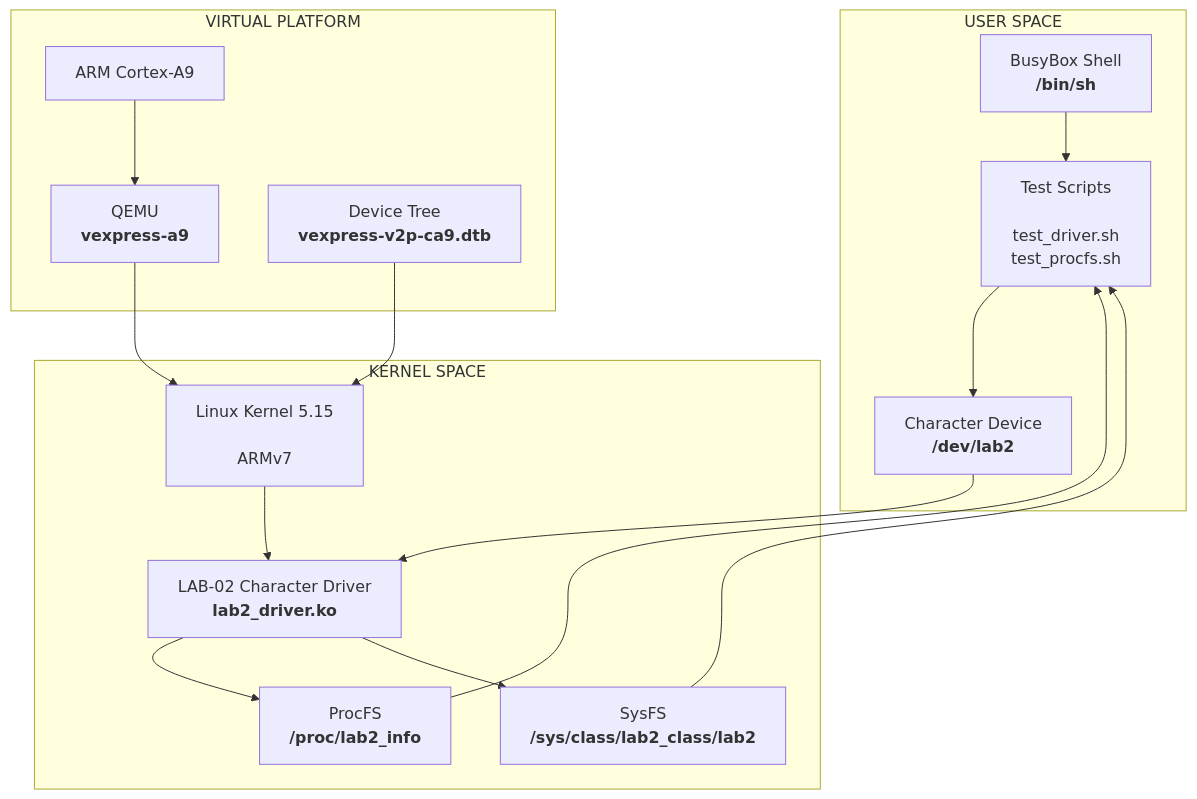
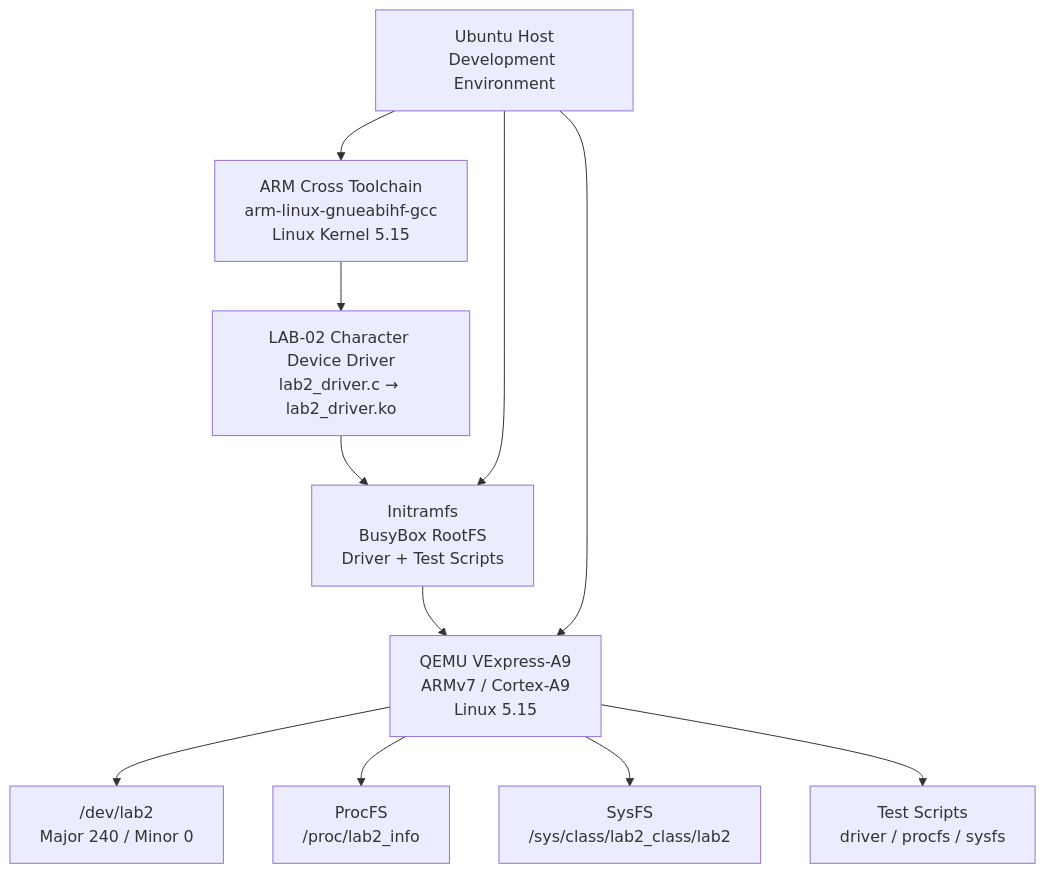
The first of 4 diagrams in README.md (BlackWater006/embedded-linux-lab2), drawn with Mermaid before and after one commit. The commit also changed other lines of this file, not shown here.

````diff
--- a/README.md
+++ b/README.md
@@ -71,34 +134,33 @@
 ```mermaid
 flowchart TB
+    HOST["Ubuntu Host<br/>Development Environment"]
 
-    subgraph USER["USER SPACE"]
-        A["BusyBox Shell<br/><b>/bin/sh</b>"]
-        B["Test Scripts<br/><br/>test_driver.sh<br/>test_procfs.sh"]
-        C["Character Device<br/><b>/dev/lab2</b>"]
-    end
+    TOOLCHAIN["ARM Cross Toolchain<br/>arm-linux-gnueabihf-gcc<br/>Linux Kernel 5.15"]
 
-    subgraph KERNEL["KERNEL SPACE"]
-        D["Linux Kernel 5.15<br/><br/>ARMv7"]
-        E["LAB-02 Character Driver<br/><b>lab2_driver.ko</b>"]
-        F["ProcFS<br/><b>/proc/lab2_info</b>"]
-        G["SysFS<br/><b>/sys/class/lab2_class/lab2</b>"]
-    end
+    DRIVER["LAB-02 Character Device Driver<br/>lab2_driver.c → lab2_driver.ko"]
 
-    subgraph PLATFORM["VIRTUAL PLATFORM"]
-        H["QEMU<br/><b>vexpress-a9</b>"]
-        I["ARM Cortex-A9"]
-        J["Device Tree<br/><b>vexpress-v2p-ca9.dtb</b>"]
-    end
+    ROOTFS["Initramfs<br/>BusyBox RootFS<br/>Driver + Test Scripts"]
 
-    A --> B
-    B --> C
-    C --> E
-    F --> B
-    G --> B
-    E --> F
-    E --> G
-    H --> D
-    I --> H
-    J --> D
-    D --> E
+    QEMU["QEMU VExpress-A9<br/>ARMv7 / Cortex-A9<br/>Linux 5.15"]
+
+    DEV["/dev/lab2<br/>Major 240 / Minor 0"]
+
+    PROC["ProcFS<br/>/proc/lab2_info"]
+
+    SYS["SysFS<br/>/sys/class/lab2_class/lab2"]
+
+    TEST["Test Scripts<br/>driver / procfs / sysfs"]
+
+    TOOLCHAIN --> DRIVER
+    DRIVER --> ROOTFS
+    ROOTFS --> QEMU
+
+    HOST --> TOOLCHAIN
+    HOST --> ROOTFS
+    HOST --> QEMU
+
+    QEMU --> DEV
+    QEMU --> PROC
+    QEMU --> SYS
+    QEMU --> TEST
 ```
````
